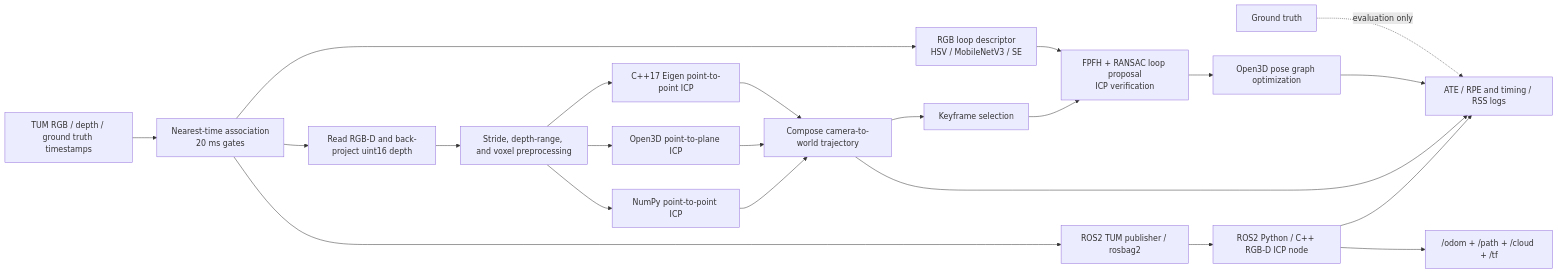
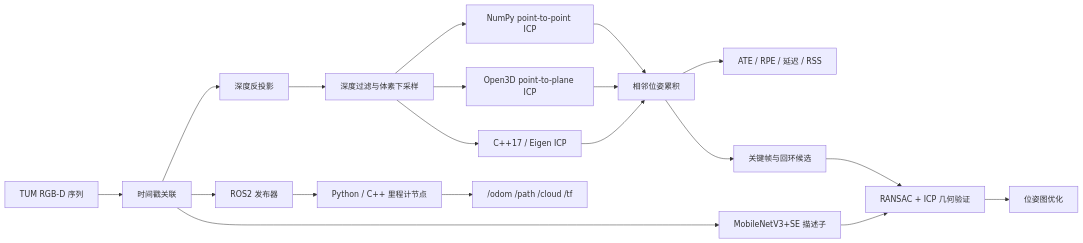
Before and after one commit to yang07-29/RGB-D: the diagram in README.md, drawn with Mermaid. The commit also changed other lines of this file, not shown here.

````diff
--- a/README.md
+++ b/README.md
@@ -13,24 +65,21 @@
 ```mermaid
 flowchart LR
-    A["TUM RGB / depth / ground truth timestamps"] --> B["Nearest-time association\n20 ms gates"]
-    B --> C["Read RGB-D and back-project uint16 depth"]
-    C --> D["Stride, depth-range, and voxel preprocessing"]
+    A["TUM RGB-D 序列"] --> B["时间戳关联"]
+    B --> C["深度反投影"]
+    C --> D["深度过滤与体素下采样"]
     D --> E1["NumPy point-to-point ICP"]
     D --> E2["Open3D point-to-plane ICP"]
-    D --> E3["C++17 Eigen point-to-point ICP"]
-    E1 --> F["Compose camera-to-world trajectory"]
+    D --> E3["C++17 / Eigen ICP"]
+    E1 --> F["相邻位姿累积"]
     E2 --> F
     E3 --> F
-    F --> K["Keyframe selection"]
-    K --> L["FPFH + RANSAC loop proposal\nICP verification"]
-    B --> R["RGB loop descriptor\nHSV / MobileNetV3 / SE"]
-    B --> S["ROS2 TUM publisher / rosbag2"]
-    S --> O["ROS2 Python / C++ RGB-D ICP node"]
-    O --> P["/odom + /path + /cloud + /tf"]
-    O --> G
-    R --> L
-    L --> M["Open3D pose graph optimization"]
-    F --> G["ATE / RPE and timing / RSS logs"]
-    M --> G
-    H["Ground truth"] -. "evaluation only" .-> G
+    F --> G["ATE / RPE / 延迟 / RSS"]
+    F --> H["关键帧与回环候选"]
+    H --> I["RANSAC + ICP 几何验证"]
+    I --> J["位姿图优化"]
+    B --> K["MobileNetV3+SE 描述子"]
+    K --> I
+    B --> L["ROS2 发布器"]
+    L --> M["Python / C++ 里程计节点"]
+    M --> N["/odom /path /cloud /tf"]
 ```
````
